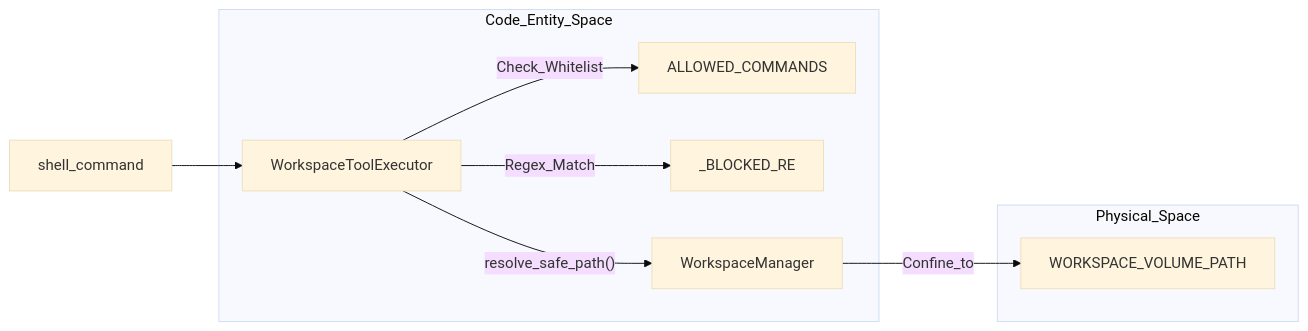
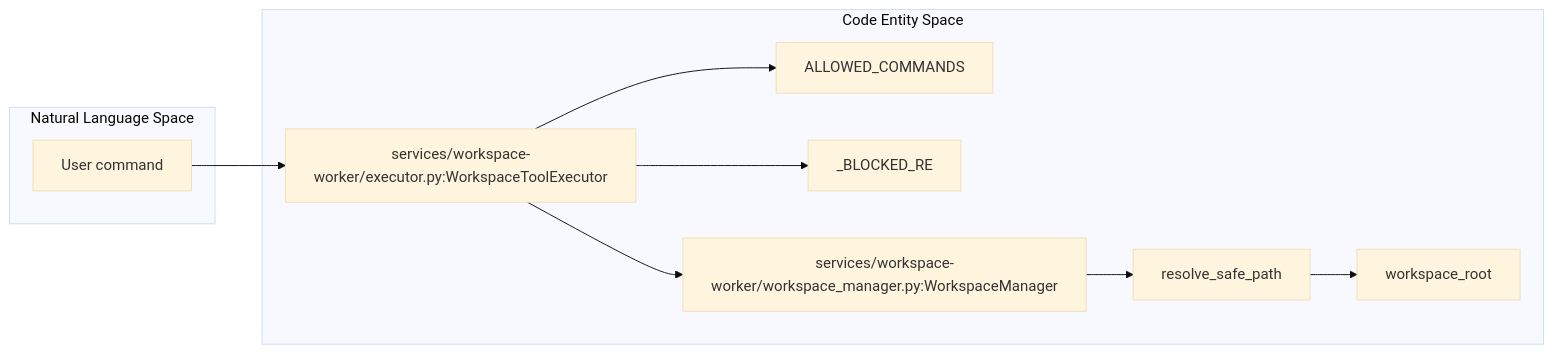
The third of 3 diagrams in docs/workspace-execution/_index.md (AutomatosAI/automatos-ai), drawn with Mermaid (base theme) before and after one commit. The commit also changed other lines of this file and 188 other files, not shown here.

First line of the commit message:
docs: refresh architecture docs and add coverage for new subsystems (#1416)

````diff
--- a/docs/workspace-execution/_index.md
+++ b/docs/workspace-execution/_index.md
@@ -109,19 +166,22 @@
 ```mermaid
 graph LR
-    subgraph "Code_Entity_Space"
-        A["WorkspaceToolExecutor"]
-        B["ALLOWED_COMMANDS"]
-        C["_BLOCKED_RE"]
-        D["WorkspaceManager"]
+    subgraph "Natural Language Space"
+        A["User command"]
     end
 
-    subgraph "Physical_Space"
-        E["WORKSPACE_VOLUME_PATH"]
+    subgraph "Code Entity Space"
+        B["services/workspace-worker/executor.py:WorkspaceToolExecutor"]
+        C["ALLOWED_COMMANDS"]
+        D["_BLOCKED_RE"]
+        E["services/workspace-worker/workspace_manager.py:WorkspaceManager"]
+        F["resolve_safe_path"]
+        G["workspace_root"]
     end
 
-    UserRequest["shell_command"] --> A
-    A -- "Check_Whitelist" --> B
-    A -- "Regex_Match" --> C
-    A -- "resolve_safe_path()" --> D
-    D -- "Confine_to" --> E
+    A --> B
+    B --> C
+    B --> D
+    B --> E
+    E --> F
+    F --> G
 ```
````
